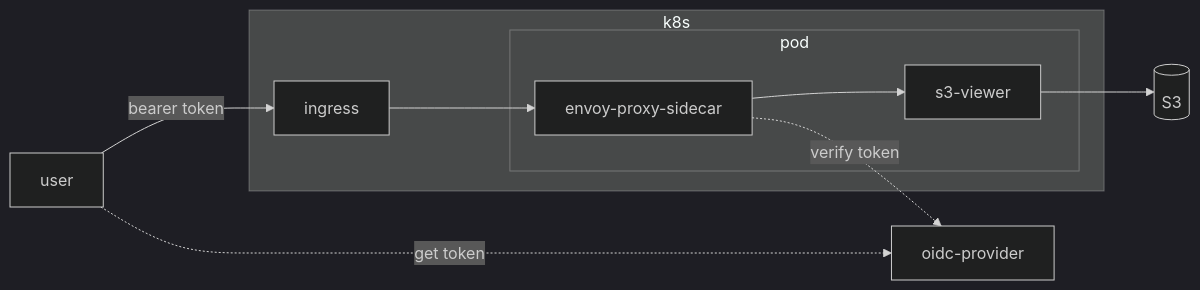
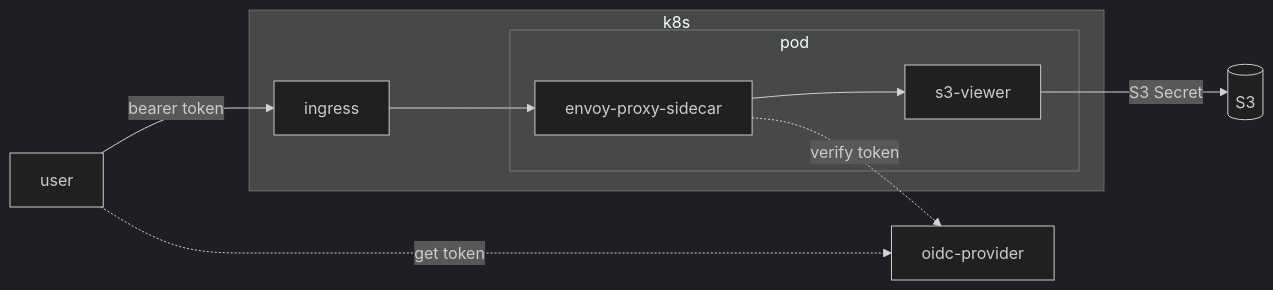
The diagram in readme.md (Debanshusam/s3-viewer-demo), drawn with Mermaid (dark theme) before and after one commit.

Commit message:
update dock

````diff
--- a/readme.md
+++ b/readme.md
@@ -7,16 +7,16 @@
 ``` mermaid
 flowchart LR
     subgraph k8s
         ingress
         ingress-->envoy-proxy-sidecar
         subgraph pod
             
             envoy-proxy-sidecar-->s3-viewer
         end
     end
     user-->|bearer token|ingress
     user-.get token.->oidc-provider
     envoy-proxy-sidecar-.verify token.->oidc-provider
     s3[(S3)]
-    s3-viewer-->s3
+    s3-viewer-->|S3 Secret|s3
 ```
````
